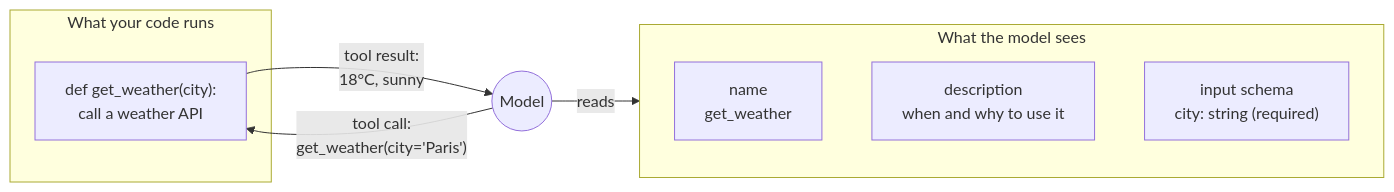
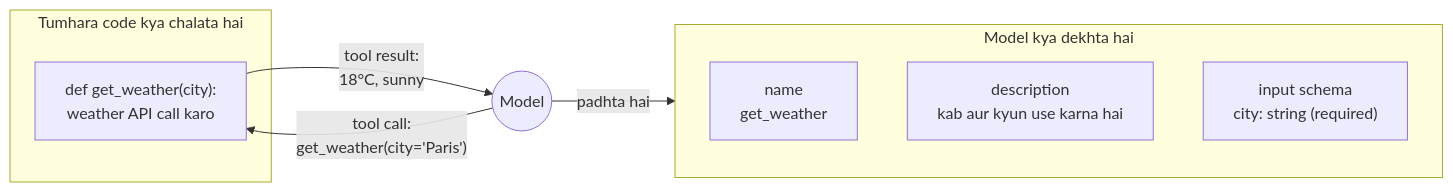
The diagram in docs/03-tools-and-function-calling/03.1-what-is-a-tool.md (asmustechno/agentic-ai-notes), drawn with Mermaid before and after one commit. The commit also changed other lines of this file and 135 other files, not shown here.

````diff
--- a/docs/03-tools-and-function-calling/03.1-what-is-a-tool.md
+++ b/docs/03-tools-and-function-calling/03.1-what-is-a-tool.md
@@ -41,14 +41,14 @@
 ```mermaid
 flowchart LR
-    subgraph seen["What the model sees"]
+    subgraph seen["Model kya dekhta hai"]
         N["name<br/>get_weather"]
-        D["description<br/>when and why to use it"]
+        D["description<br/>kab aur kyun use karna hai"]
         S["input schema<br/>city: string (required)"]
     end
-    subgraph code["What your code runs"]
-        F["def get_weather(city):<br/>call a weather API"]
+    subgraph code["Tumhara code kya chalata hai"]
+        F["def get_weather(city):<br/>weather API call karo"]
     end
-    M((Model)) -->|reads| seen
+    M((Model)) -->|padhta hai| seen
     M -->|"tool call:<br/>get_weather(city='Paris')"| F
     F -->|"tool result:<br/>18°C, sunny"| M
 ```
````
